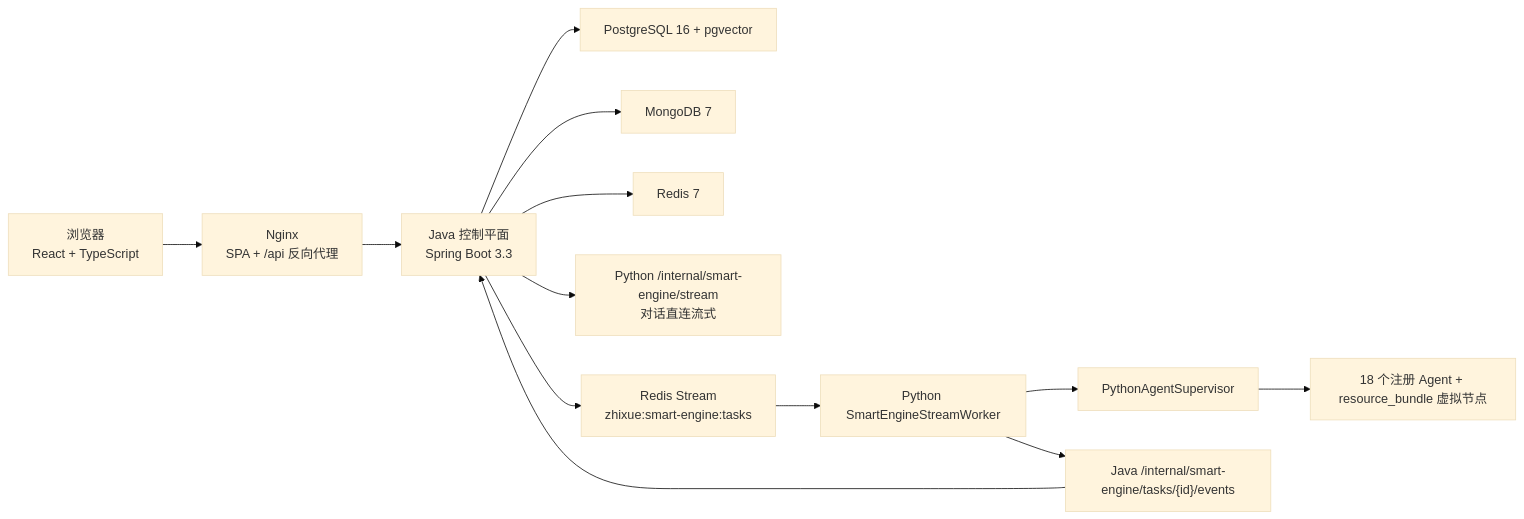
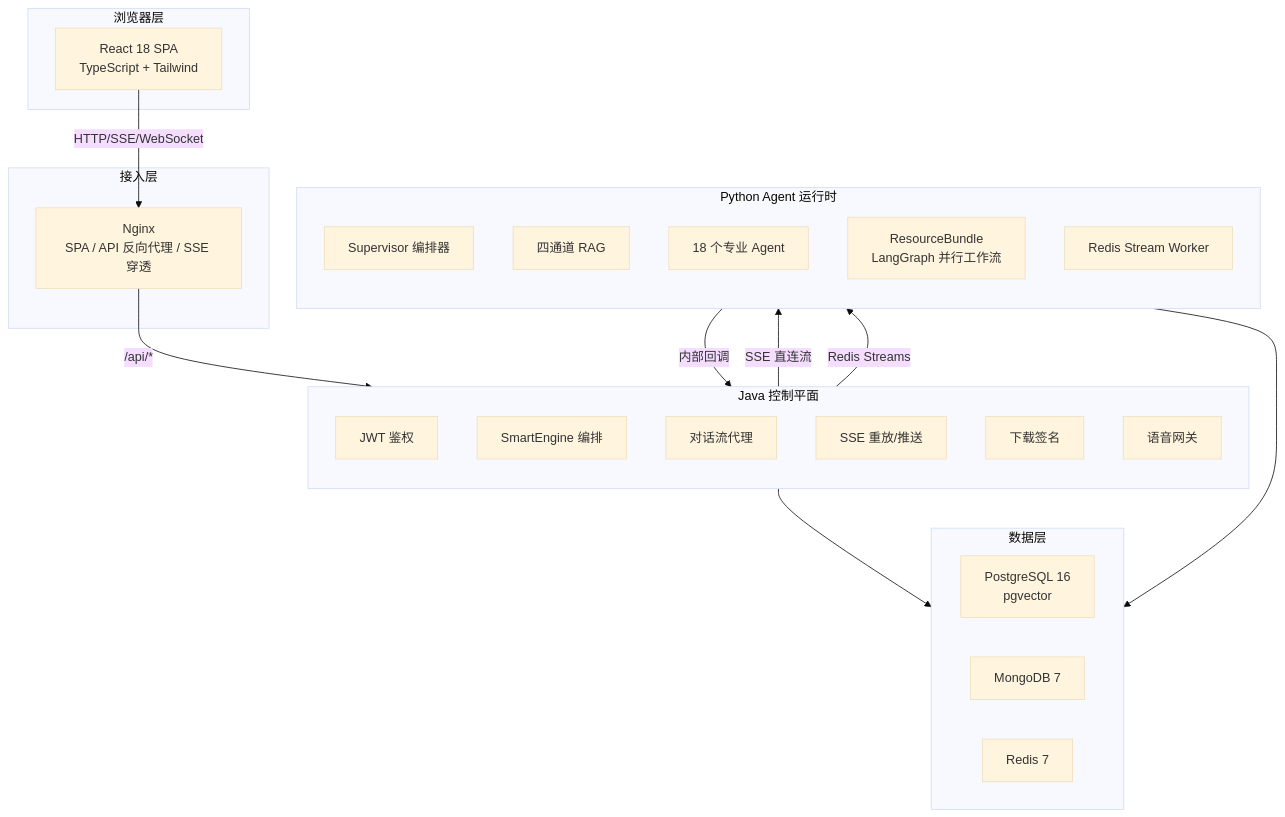
One commit to zzp1221/Multi-Agent-Learning-System changed the first of 22 diagrams in docs/架构文档.md. Above: the diagram before and after it, drawn with Mermaid (base theme). The commit also changed other lines of this file and 11 other files, not shown here.

First line of the commit message:
docs: update README, deployment, architecture docs and remove obsolete planning docs

````diff
--- a/docs/架构文档.md
+++ b/docs/架构文档.md
@@ -17,15 +61,43 @@
 ```mermaid
-flowchart LR
-  Browser["浏览器<br/>React + TypeScript"] --> Nginx["Nginx<br/>SPA + /api 反向代理"]
-  Nginx --> Java["Java 控制平面<br/>Spring Boot 3.3"]
-  Java --> Postgres["PostgreSQL 16 + pgvector"]
-  Java --> Mongo["MongoDB 7"]
-  Java --> Redis["Redis 7"]
-  Java --> PythonStream["Python /internal/smart-engine/stream<br/>对话直连流式"]
-  Java --> RedisStream["Redis Stream<br/>zhixue:smart-engine:tasks"]
-  RedisStream --> Worker["Python SmartEngineStreamWorker"]
-  Worker --> Supervisor["PythonAgentSupervisor"]
-  Supervisor --> Agents["18 个注册 Agent + resource_bundle 虚拟节点"]
-  Worker --> JavaInternal["Java /internal/smart-engine/tasks/{id}/events"]
-  JavaInternal --> Java
+graph TB
+    subgraph Browser["浏览器层"]
+        SPA["React 18 SPA<br/>TypeScript + Tailwind"]
+    end
+
+    subgraph Gateway["接入层"]
+        Nginx["Nginx<br/>SPA / API 反向代理 / SSE 穿透"]
+    end
+
+    subgraph Control["Java 控制平面"]
+        direction TB
+        Auth["JWT 鉴权"]
+        Orch["SmartEngine 编排"]
+        Conv["对话流代理"]
+        SSE["SSE 重放/推送"]
+        DL["下载签名"]
+        Voice["语音网关"]
+    end
+
+    subgraph Agent["Python Agent 运行时"]
+        direction TB
+        Sup["Supervisor 编排器"]
+        RAG["四通道 RAG"]
+        Agents["18 个专业 Agent"]
+        LBW["ResourceBundle<br/>LangGraph 并行工作流"]
+        Worker["Redis Stream Worker"]
+    end
+
+    subgraph Data["数据层"]
+        PG["PostgreSQL 16<br/>pgvector"]
+        MG["MongoDB 7"]
+        RD["Redis 7"]
+    end
+
+    SPA -->|"HTTP/SSE/WebSocket"| Nginx
+    Nginx -->|"/api/*"| Control
+    Control -->|"SSE 直连流"| Agent
+    Control -->|"Redis Streams"| Agent
+    Agent -->|"内部回调"| Control
+    Control --> Data
+    Agent --> Data
 ```
````
